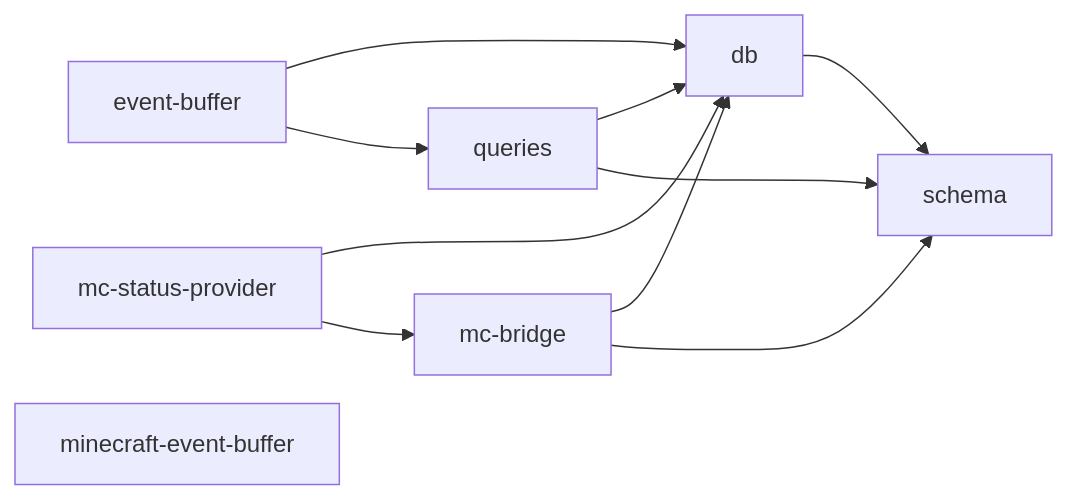
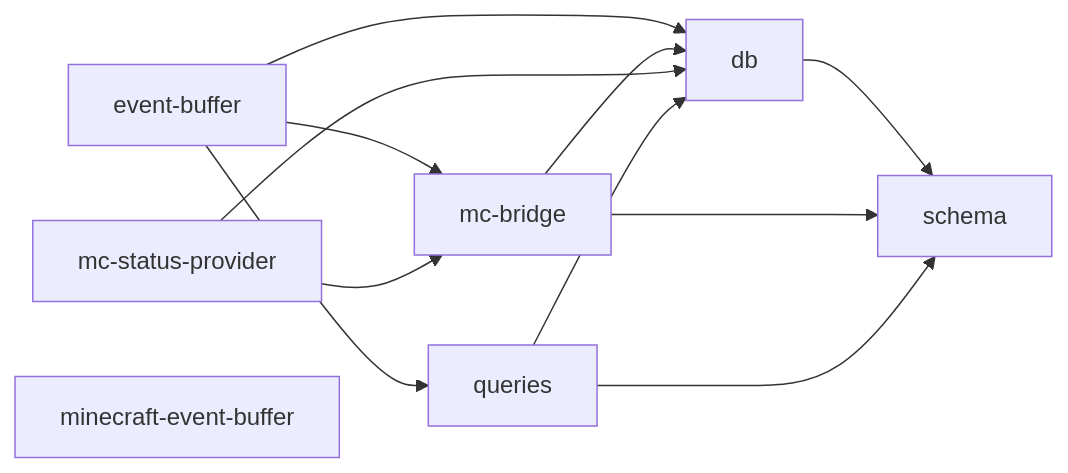
One commit to OJII3/vicissitude changed the diagram in src/store/DEPS.md. Above: the diagram before and after it, drawn with Mermaid. The commit also changed other lines of this file and 10 other files, not shown here.

````diff
--- a/src/store/DEPS.md
+++ b/src/store/DEPS.md
@@ -7,14 +7,15 @@
 ```mermaid
 graph LR
   db --> schema
   event_buffer["event-buffer"] --> db
+  event_buffer["event-buffer"] --> mc_bridge["mc-bridge"]
   event_buffer["event-buffer"] --> queries
   mc_bridge["mc-bridge"] --> db
   mc_bridge["mc-bridge"] --> schema
   mc_status_provider["mc-status-provider"] --> db
   mc_status_provider["mc-status-provider"] --> mc_bridge["mc-bridge"]
   minecraft_event_buffer["minecraft-event-buffer"]
   queries --> db
   queries --> schema
   schema
 ```
````
